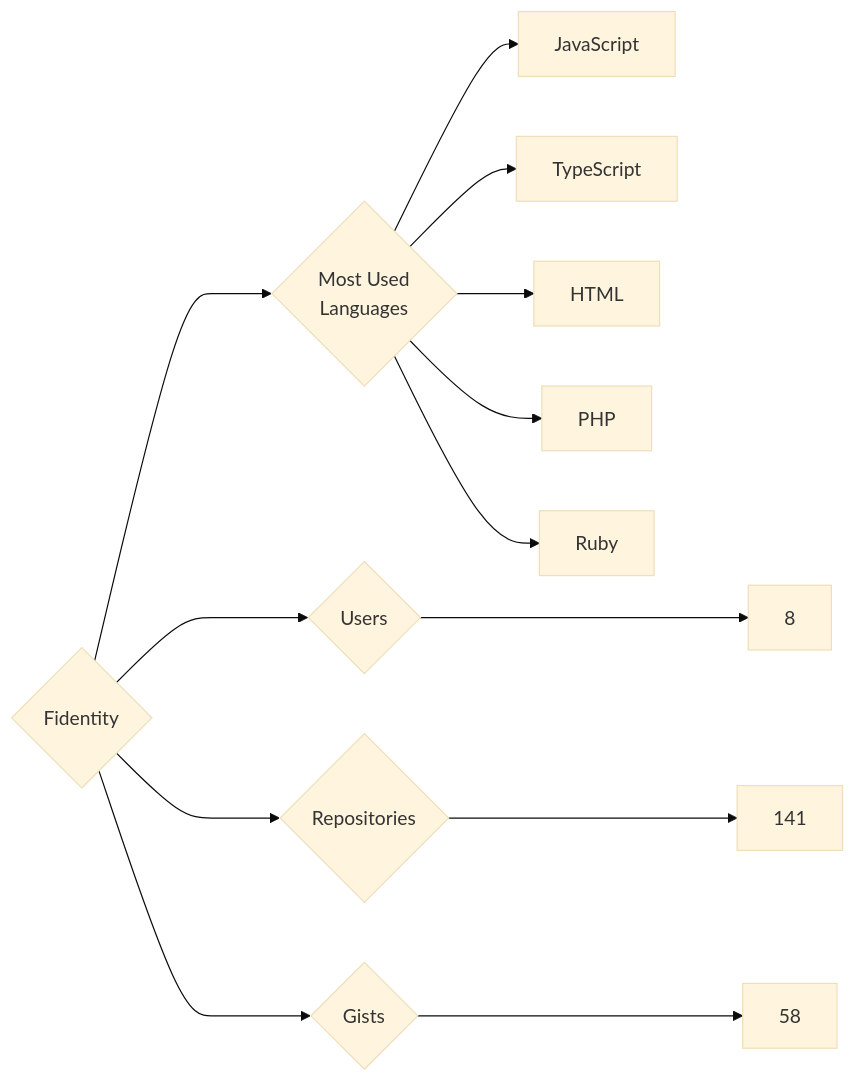
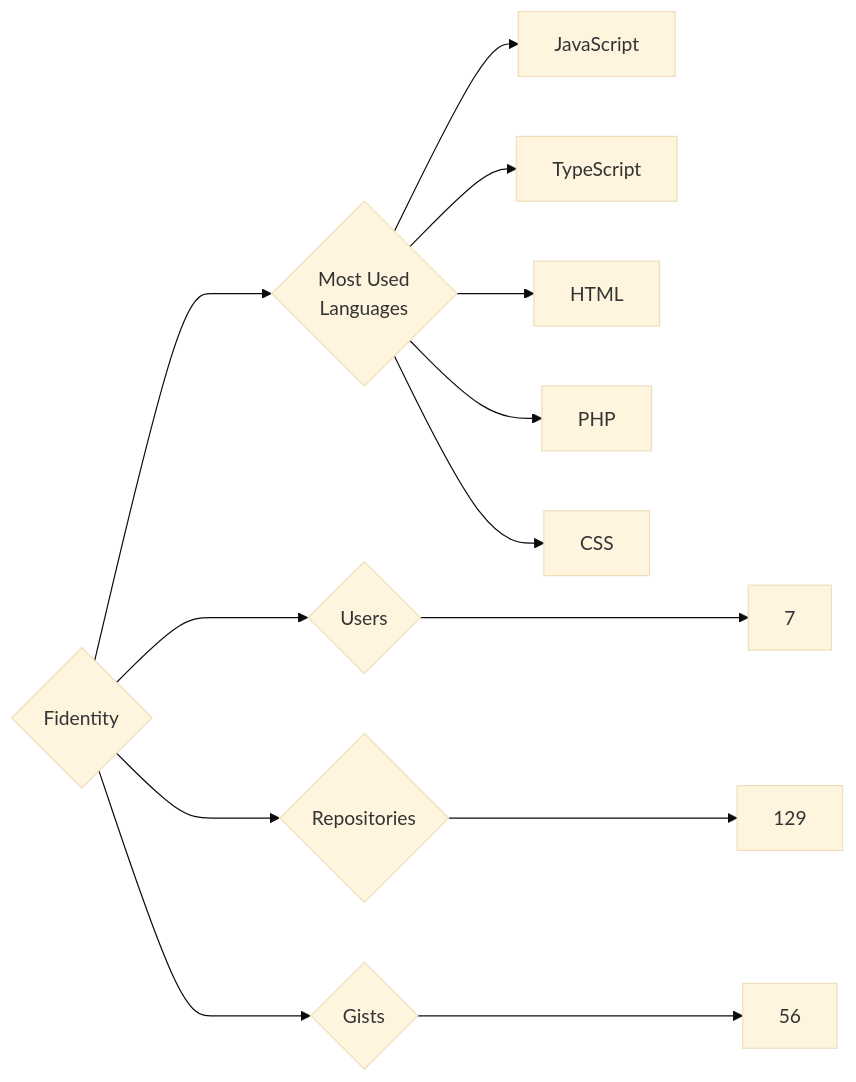
The diagram in targets/Fidentity/README.md (trickest/insiders), drawn with Mermaid (base theme) before and after one commit. The commit also changed 1195 other files, not shown here.

````diff
--- a/targets/Fidentity/README.md
+++ b/targets/Fidentity/README.md
@@ -3,13 +3,13 @@
 ```mermaid
 graph LR
 COMPANY_NAME{Fidentity}
-COMPANY_NAME ---> U{Users} ---> UN[8]
-COMPANY_NAME ---> R{Repositories} ---> RN[141]
-COMPANY_NAME ---> G{Gists} ---> GN[58]
+COMPANY_NAME ---> U{Users} ---> UN[7]
+COMPANY_NAME ---> R{Repositories} ---> RN[129]
+COMPANY_NAME ---> G{Gists} ---> GN[56]
 COMPANY_NAME ---> ML{Most Used<br>Languages}
 ML --> JavaScript[JavaScript]
 ML --> TypeScript[TypeScript]
 ML --> HTML[HTML]
 ML --> PHP[PHP]
-ML --> Ruby[Ruby]
+ML --> CSS[CSS]
 ```
````
